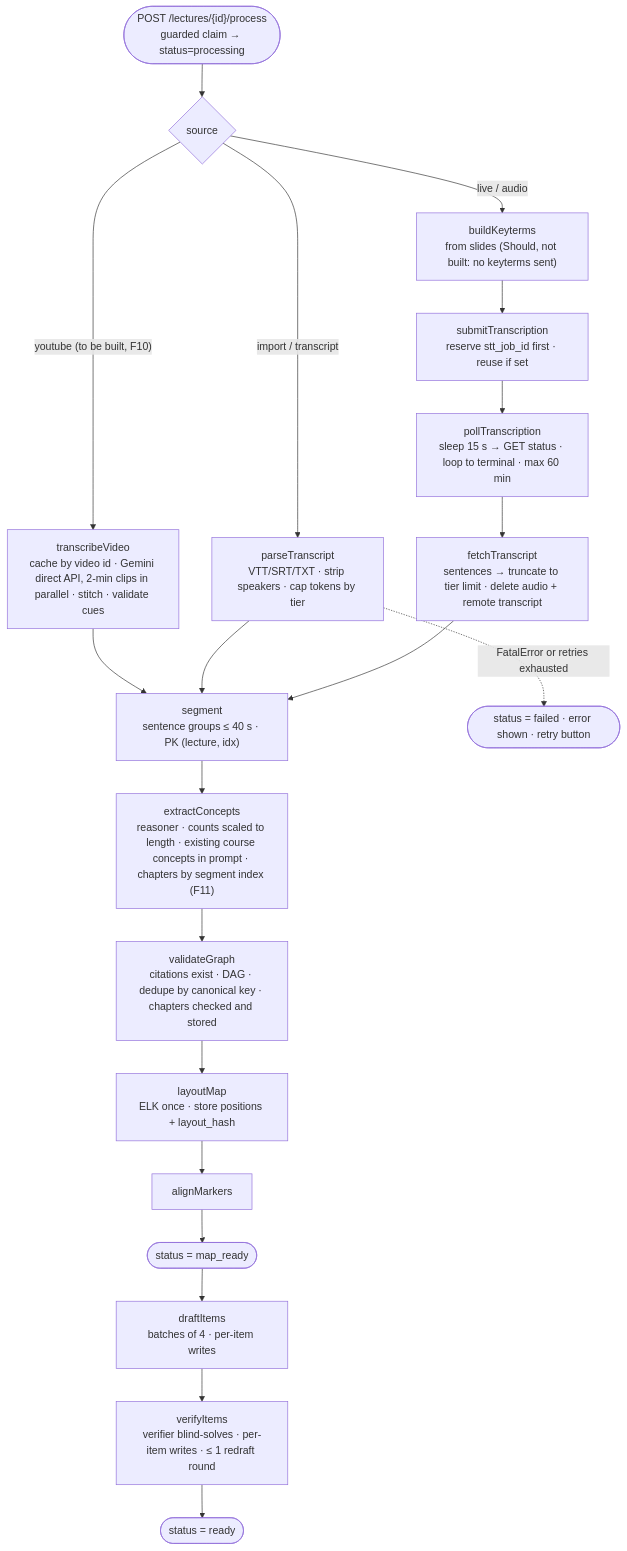
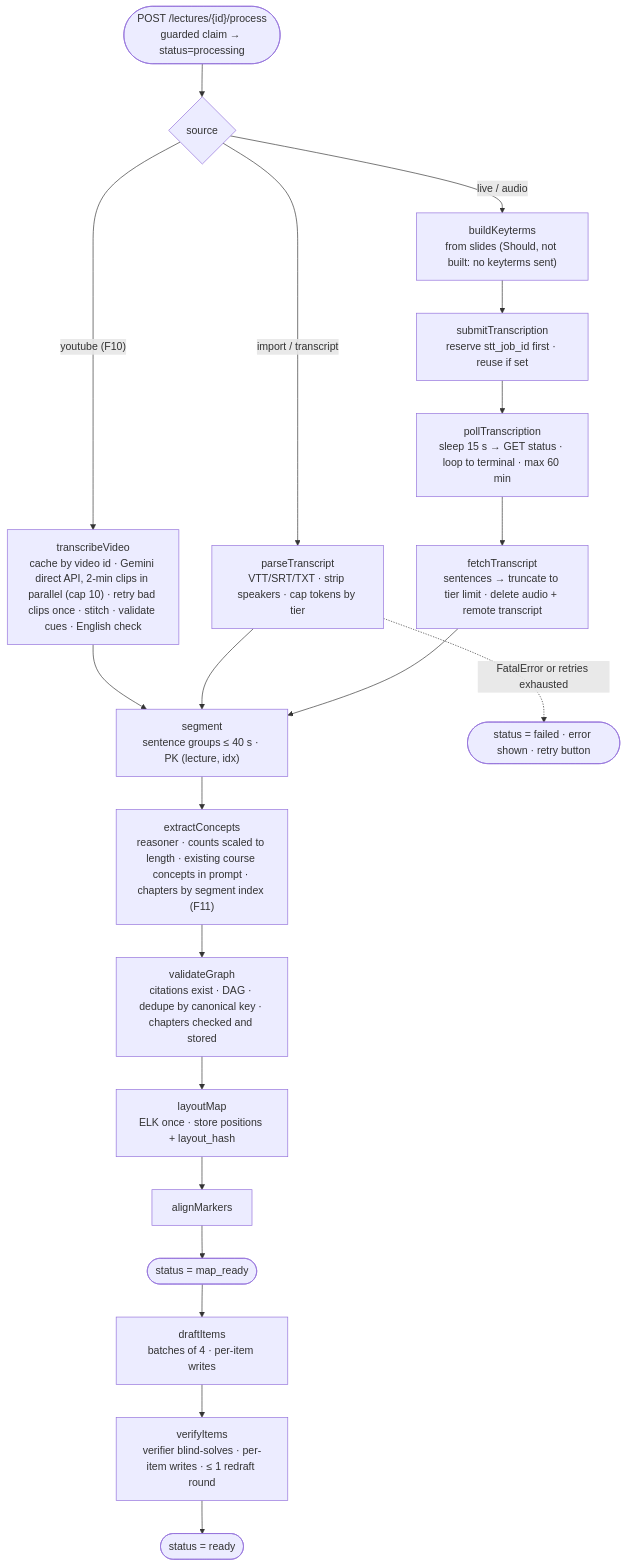
Before and after one commit to adamchok/Lectheo: the fourth of 6 diagrams in docs/Lectheo Architecture.md, drawn with Mermaid. The commit also changed other lines of this file and 15 other files, not shown here.

First line of the commit message:
docs(youtube): F10 as built, privacy and README processors, screenshots

````diff
--- a/docs/Lectheo Architecture.md
+++ b/docs/Lectheo Architecture.md
@@ -201,22 +201,22 @@
 ```mermaid
 flowchart TD
     start(["POST /lectures/{id}/process<br/>guarded claim → status=processing"]) --> src{"source"}
-    src -- "youtube (to be built, F10)" --> tv["transcribeVideo<br/>cache by video id · Gemini direct API, 2-min clips in parallel · stitch · validate cues"]
+    src -- "youtube (F10)" --> tv["transcribeVideo<br/>cache by video id · Gemini direct API, 2-min clips in parallel (cap 10) · retry bad clips once · stitch · validate cues · English check"]
     tv --> seg
     src -- "import / transcript" --> pt["parseTranscript<br/>VTT/SRT/TXT · strip speakers · cap tokens by tier"]
     src -- "live / audio" --> kt["buildKeyterms<br/>from slides (Should, not built: no keyterms sent)"]
     kt --> sub["submitTranscription<br/>reserve stt_job_id first · reuse if set"]
     sub --> poll["pollTranscription<br/>sleep 15 s → GET status · loop to terminal · max 60 min"]
     poll --> fetch["fetchTranscript<br/>sentences → truncate to tier limit · delete audio + remote transcript"]
     pt --> seg["segment<br/>sentence groups ≤ 40 s · PK (lecture, idx)"]
     fetch --> seg
     seg --> ex["extractConcepts<br/>reasoner · counts scaled to length · existing course concepts in prompt · chapters by segment index (F11)"]
     ex --> vg["validateGraph<br/>citations exist · DAG · dedupe by canonical key · chapters checked and stored"]
     vg --> lay["layoutMap<br/>ELK once · store positions + layout_hash"]
     lay --> al["alignMarkers"]
     al --> mr(["status = map_ready"])
     mr --> dr["draftItems<br/>batches of 4 · per-item writes"]
     dr --> vf["verifyItems<br/>verifier blind-solves · per-item writes · ≤ 1 redraft round"]
     vf --> done(["status = ready"])
     pt -. "FatalError or retries exhausted" .-> fail(["status = failed · error shown · retry button"])
 ```
````
